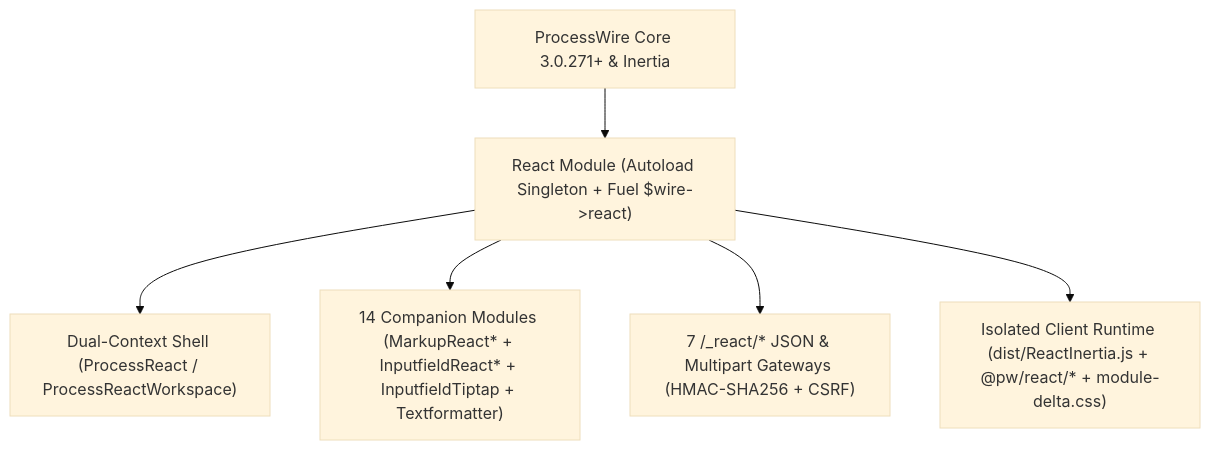
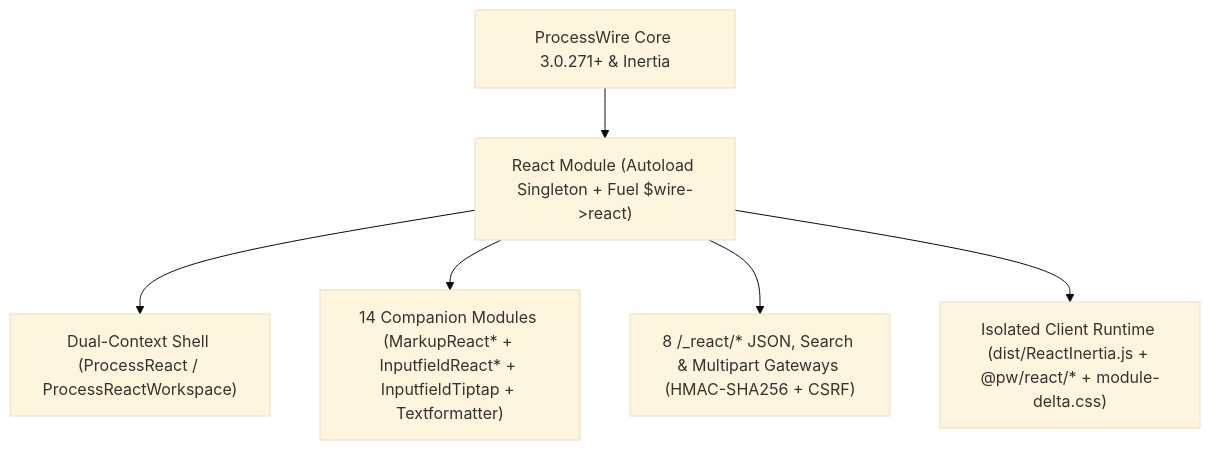
One commit to trk/React changed the diagram in docs/README.md. Above: the diagram before and after it, drawn with Mermaid (base theme). The commit also changed other lines of this file and 10 other files, not shown here.

Commit message:
docs: add architecture overview and update guides, README, API, AGENTS, and pw-react skill

````diff
--- a/docs/README.md
+++ b/docs/README.md
@@ -36,8 +38,8 @@
 ```mermaid
 flowchart TD
     PW["ProcessWire Core 3.0.271+ & Inertia"] --> CORE["React Module (Autoload Singleton + Fuel $wire->react)"]
     CORE --> SHELL["Dual-Context Shell (ProcessReact / ProcessReactWorkspace)"]
     CORE --> CTRL["14 Companion Modules (MarkupReact* + InputfieldReact* + InputfieldTiptap + Textformatter)"]
-    CORE --> HTTP["7 /_react/* JSON & Multipart Gateways (HMAC-SHA256 + CSRF)"]
+    CORE --> HTTP["8 /_react/* JSON, Search & Multipart Gateways (HMAC-SHA256 + CSRF)"]
     CORE --> CLIENTS["Isolated Client Runtime (dist/ReactInertia.js + @pw/react/* + module-delta.css)"]
 ```
````
